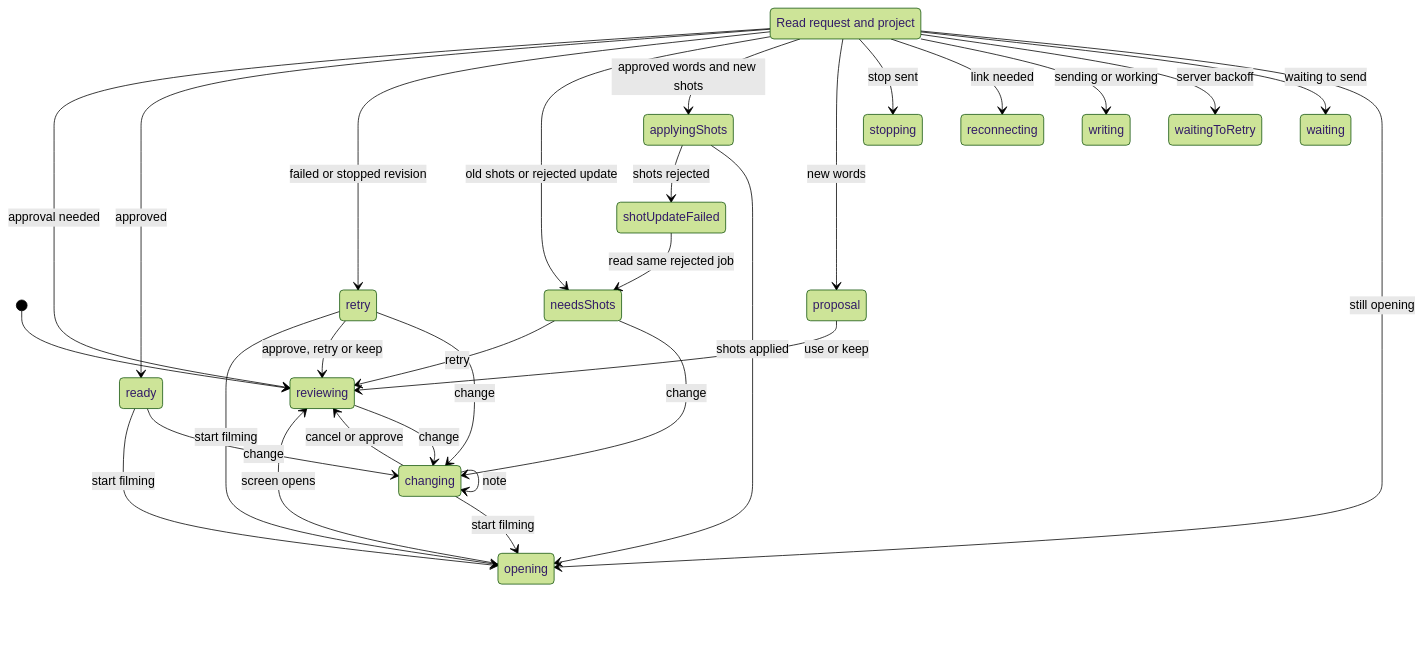
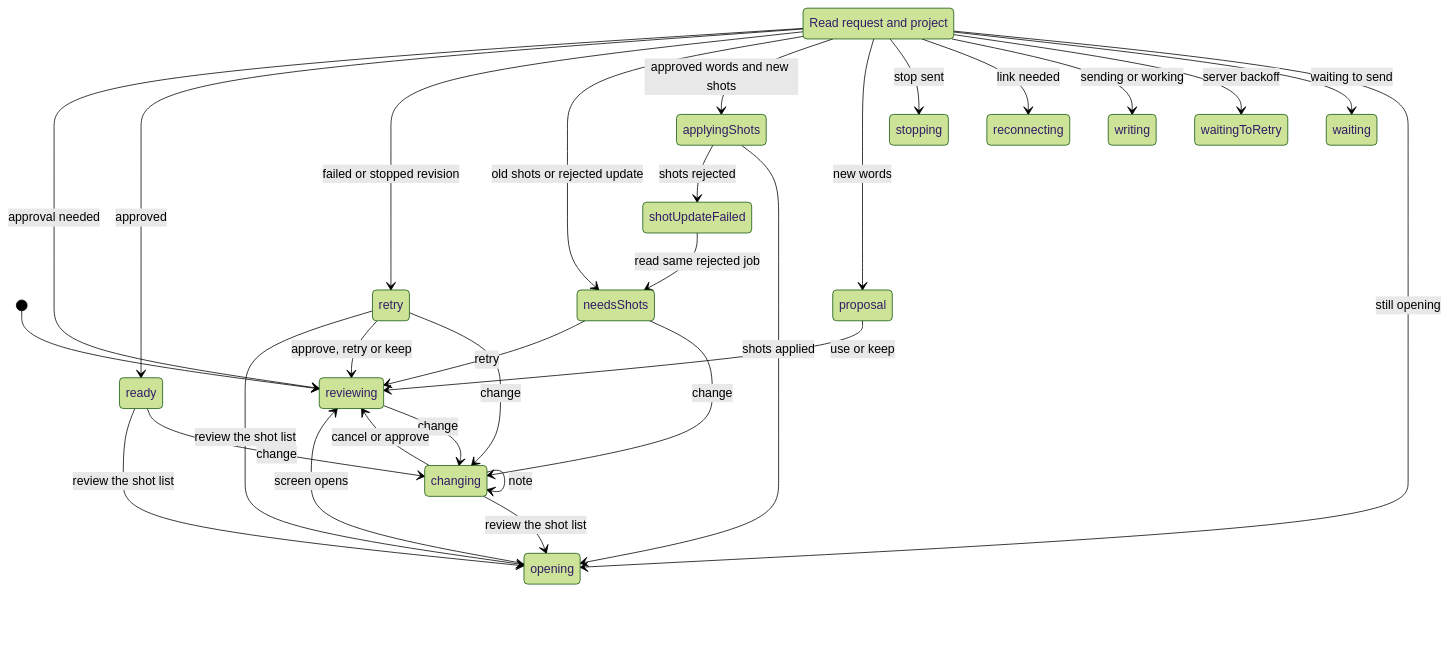
Before and after one commit to prateekranka/instaContentHelper: the sixth of 17 diagrams in docs/state-machines.md, drawn with Mermaid (forest theme). The commit also changed other lines of this file and 17 other files, not shown here.

````diff
--- a/docs/state-machines.md
+++ b/docs/state-machines.md
@@ -194,33 +194,33 @@
 ```mermaid
 stateDiagram-v2
     [*] --> reviewing
     state "Read request and project" as read
     read --> opening: still opening
     read --> waiting: waiting to send
     read --> waitingToRetry: server backoff
     read --> writing: sending or working
     read --> reconnecting: link needed
     read --> stopping: stop sent
     read --> proposal: new words
     read --> applyingShots: approved words and new shots
     read --> needsShots: old shots or rejected update
     read --> retry: failed or stopped revision
     read --> ready: approved
     read --> reviewing: approval needed
     reviewing --> changing: change
     ready --> changing: change
     retry --> changing: change
     needsShots --> changing: change
     changing --> changing: note
     changing --> reviewing: cancel or approve
     retry --> reviewing: approve, retry or keep
     needsShots --> reviewing: retry
     proposal --> reviewing: use or keep
-    ready --> opening: start filming
-    changing --> opening: start filming
-    retry --> opening: start filming
+    ready --> opening: review the shot list
+    changing --> opening: review the shot list
+    retry --> opening: review the shot list
     applyingShots --> opening: shots applied
     applyingShots --> shotUpdateFailed: shots rejected
     shotUpdateFailed --> needsShots: read same rejected job
     opening --> reviewing: screen opens
 ```
````
